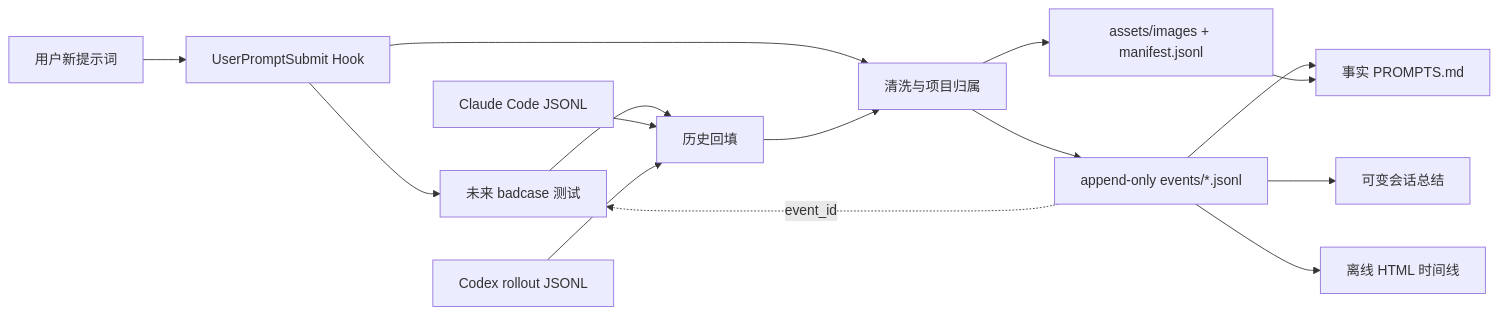
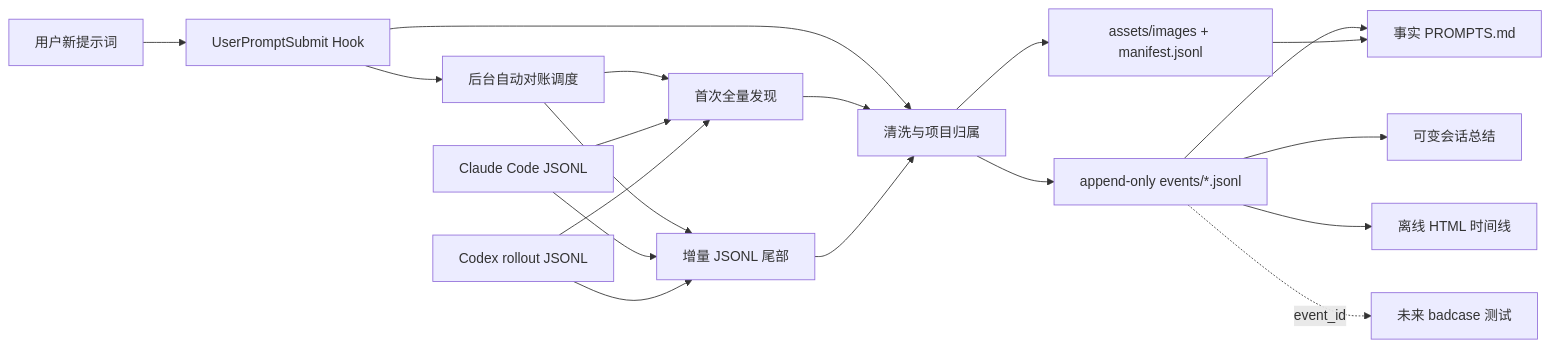
One commit to 24kchengYe/prompt-harness changed the diagram in README.md. Above: the diagram before and after it, drawn with Mermaid. The commit also changed other lines of this file and 10 other files, not shown here.

````diff
--- a/README.md
+++ b/README.md
@@ -53,17 +53,21 @@
 ```mermaid
 flowchart LR
   U["用户新提示词"] --> H["UserPromptSubmit Hook"]
-  H --> R["后台自动对账调度"]
-  R --> B
-  C["Claude Code JSONL"] --> B["历史回填"]
+  H --> D["后台自动对账调度"]
+  D --> B["首次全量发现"]
+  D --> J["增量 JSONL 尾部"]
+  C["Claude Code JSONL"] --> B
   X["Codex rollout JSONL"] --> B
+  C --> J
+  X --> J
   H --> N["清洗与项目归属"]
   B --> N
+  J --> N
   N --> E["append-only events/*.jsonl"]
   N --> A["assets/images + manifest.jsonl"]
   E --> M["事实 PROMPTS.md"]
   A --> M
   E --> S["可变会话总结"]
   E --> V["离线 HTML 时间线"]
-  E -. "event_id" .-> R["未来 badcase 测试"]
+  E -. "event_id" .-> Q["未来 badcase 测试"]
 ```
````
